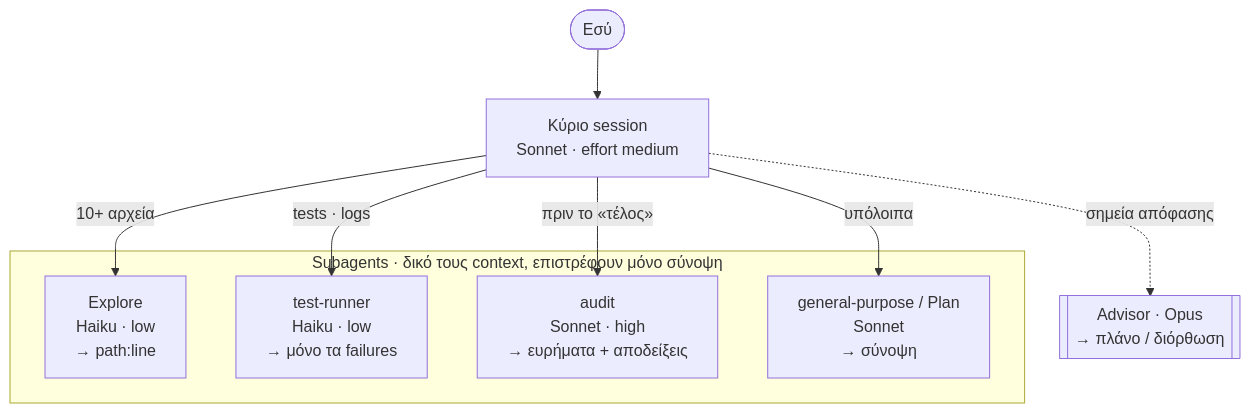
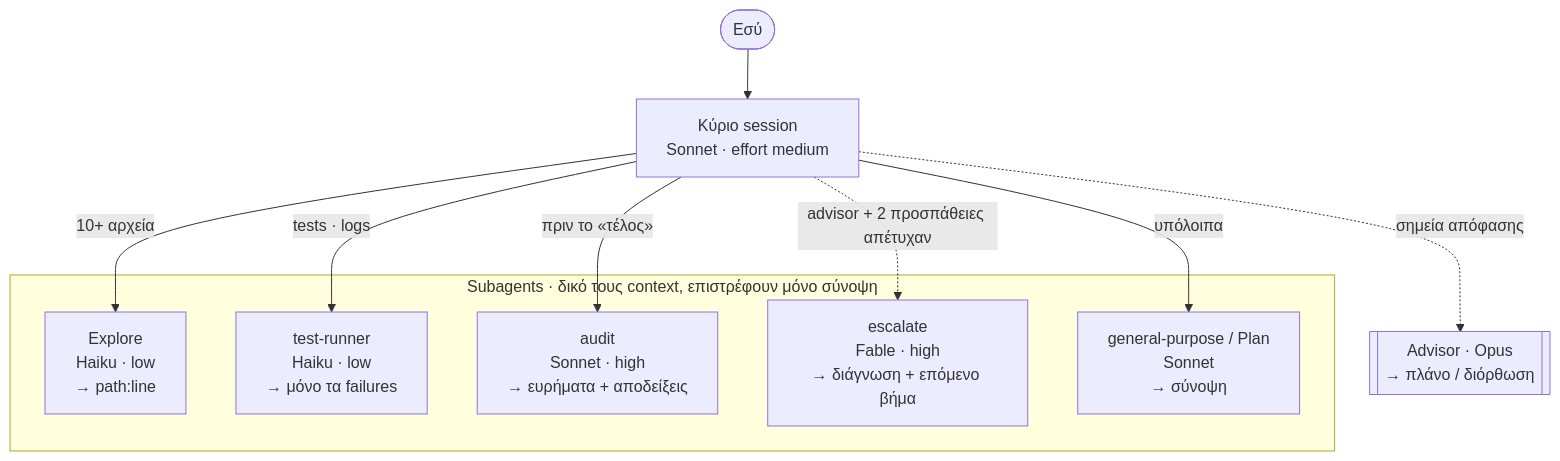
Before and after one commit to kniko/claude-plugins: the first of 2 diagrams in plugins/repo-mode/README.md, drawn with Mermaid. The commit also changed other lines of this file and 8 other files, not shown here.

Commit message:
repo-mode 1.5.0: optional escalate subagent (Fable, read-only) for problems the advisor could not solve

````diff
--- a/plugins/repo-mode/README.md
+++ b/plugins/repo-mode/README.md
@@ -54,15 +55,17 @@
 ```mermaid
 flowchart TD
     U(["Εσύ"]) --> M["Κύριο session<br/>Sonnet · effort medium"]
     M -.->|"σημεία απόφασης"| A[["Advisor · Opus<br/>→ πλάνο / διόρθωση"]]
     subgraph SA ["Subagents · δικό τους context, επιστρέφουν μόνο σύνοψη"]
         E["Explore<br/>Haiku · low<br/>→ path:line"]
         T["test-runner<br/>Haiku · low<br/>→ μόνο τα failures"]
         R["audit<br/>Sonnet · high<br/>→ ευρήματα + αποδείξεις"]
+        X["escalate<br/>Fable · high<br/>→ διάγνωση + επόμενο βήμα"]
         G["general-purpose / Plan<br/>Sonnet<br/>→ σύνοψη"]
     end
     M -->|"10+ αρχεία"| E
     M -->|"tests · logs"| T
     M -->|"πριν το «τέλος»"| R
     M -->|"υπόλοιπα"| G
+    M -.->|"advisor + 2 προσπάθειες απέτυχαν"| X
 ```
````
